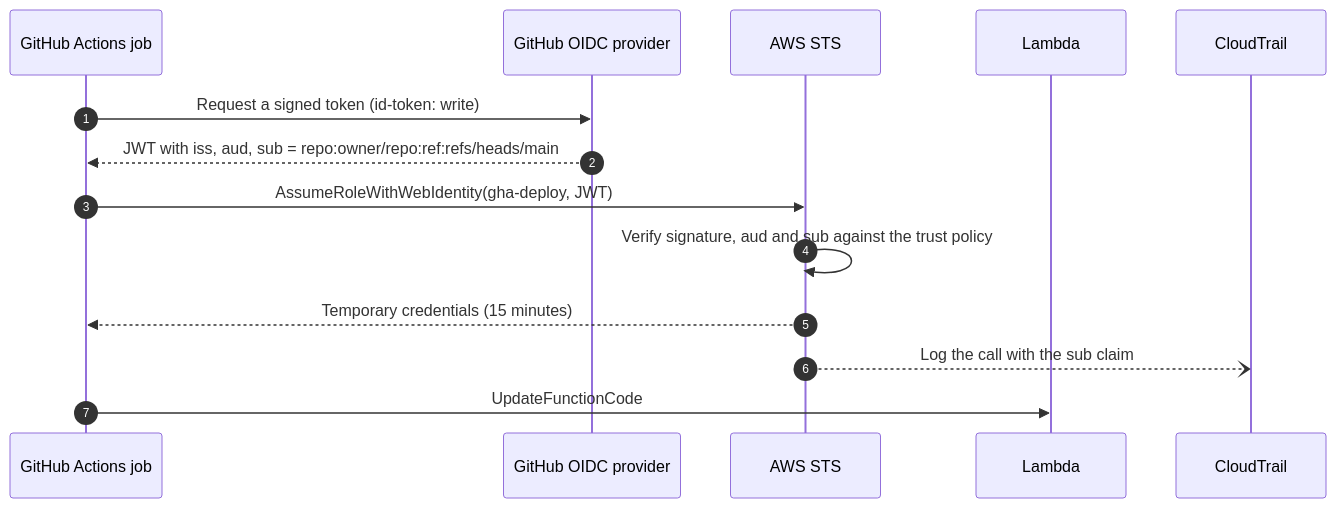
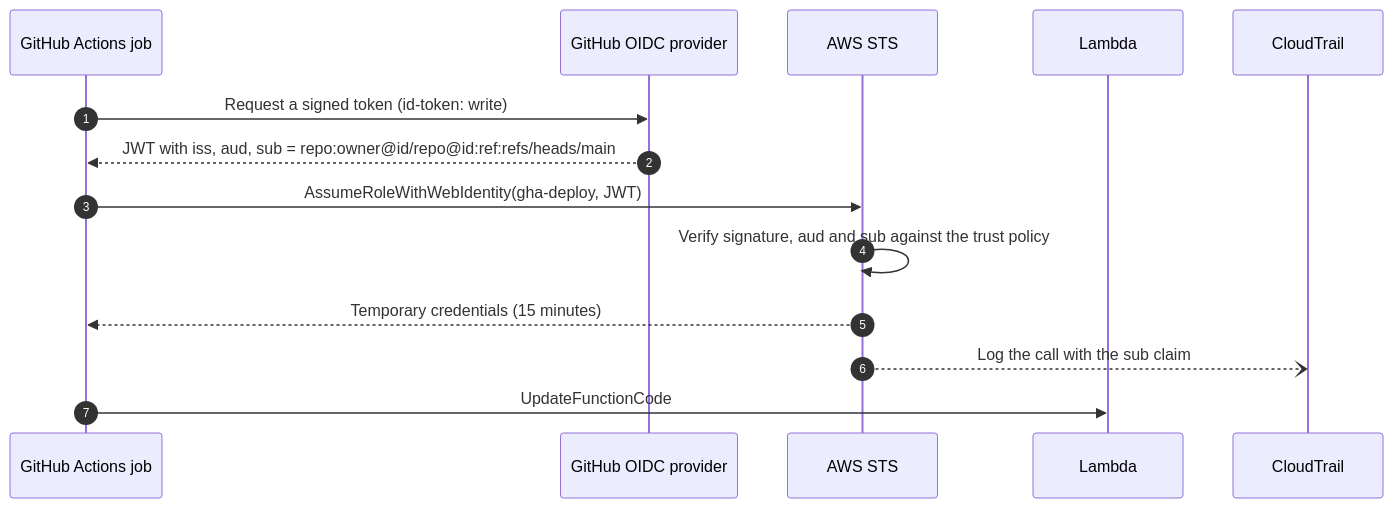
Before and after one commit to amaanx86/gha-aws-oidc-template: the diagram in README.md, drawn with Mermaid. The commit also changed other lines of this file and 1 other file, not shown here.

````diff
--- a/README.md
+++ b/README.md
@@ -16,17 +14,17 @@
 ```mermaid
 sequenceDiagram
     autonumber
     participant W as GitHub Actions job
     participant G as GitHub OIDC provider
     participant S as AWS STS
     participant L as Lambda
     participant C as CloudTrail
 
     W->>G: Request a signed token (id-token: write)
-    G-->>W: JWT with iss, aud, sub = repo:owner/repo:ref:refs/heads/main
+    G-->>W: JWT with iss, aud, sub = repo:owner@id/repo@id:ref:refs/heads/main
     W->>S: AssumeRoleWithWebIdentity(gha-deploy, JWT)
     S->>S: Verify signature, aud and sub against the trust policy
     S-->>W: Temporary credentials (15 minutes)
     S--)C: Log the call with the sub claim
     W->>L: UpdateFunctionCode
 ```
````
